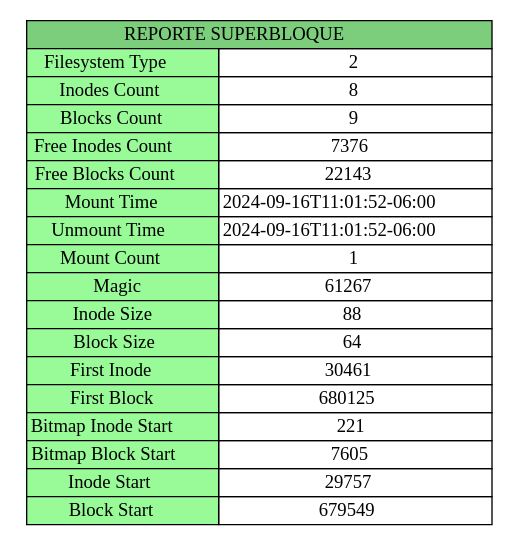
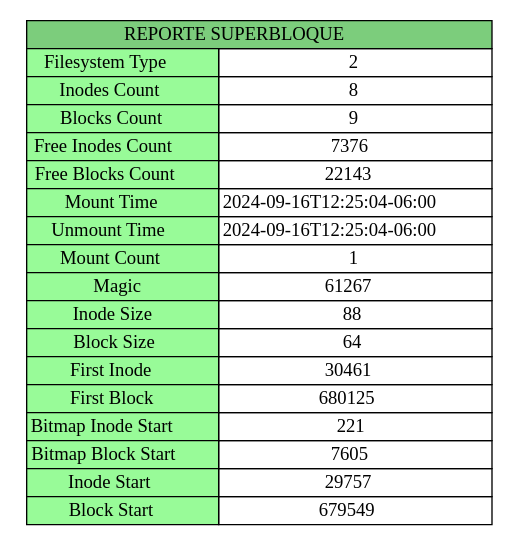
One commit to MMP119/MIA_2S_P1_202110509 changed the diagram in server/output/sb1.dot. Above: the diagram before and after it, drawn with Graphviz. The commit also changed 12 other files, not shown here.

```diff
--- a/server/output/sb1.dot
+++ b/server/output/sb1.dot
@@ -1,24 +1,24 @@
 digraph G {
 		node [shape=plaintext]
 		tabla [label=<
 			<table border="0" cellborder="1" cellspacing="0">
 				<tr><td colspan="2" bgcolor="palegreen3"> REPORTE SUPERBLOQUE </td></tr>
 				<tr><td bgcolor ="palegreen">Filesystem Type</td><td>2</td></tr>
 				<tr><td bgcolor ="palegreen">Inodes Count</td><td>8</td></tr>
 				<tr><td bgcolor ="palegreen">Blocks Count</td><td>9</td></tr>
 				<tr><td bgcolor ="palegreen">Free Inodes Count</td><td>7376</td></tr>
 				<tr><td bgcolor ="palegreen">Free Blocks Count</td><td>22143</td></tr>
-				<tr><td bgcolor ="palegreen">Mount Time</td><td>2024-09-16T11:01:52-06:00</td></tr>
-				<tr><td bgcolor ="palegreen">Unmount Time</td><td>2024-09-16T11:01:52-06:00</td></tr>
+				<tr><td bgcolor ="palegreen">Mount Time</td><td>2024-09-16T12:25:04-06:00</td></tr>
+				<tr><td bgcolor ="palegreen">Unmount Time</td><td>2024-09-16T12:25:04-06:00</td></tr>
 				<tr><td bgcolor ="palegreen">Mount Count</td><td>1</td></tr>
 				<tr><td bgcolor ="palegreen">Magic</td><td>61267</td></tr>
 				<tr><td bgcolor ="palegreen">Inode Size</td><td>88</td></tr>
 				<tr><td bgcolor ="palegreen">Block Size</td><td>64</td></tr>
 				<tr><td bgcolor ="palegreen">First Inode</td><td>30461</td></tr>
 				<tr><td bgcolor ="palegreen">First Block</td><td>680125</td></tr>
 				<tr><td bgcolor ="palegreen">Bitmap Inode Start</td><td>221</td></tr>
 				<tr><td bgcolor ="palegreen">Bitmap Block Start</td><td>7605</td></tr>
 				<tr><td bgcolor ="palegreen">Inode Start</td><td>29757</td></tr>
 				<tr><td bgcolor ="palegreen">Block Start</td><td>679549</td></tr>
 			</table>
 		>]}
```
